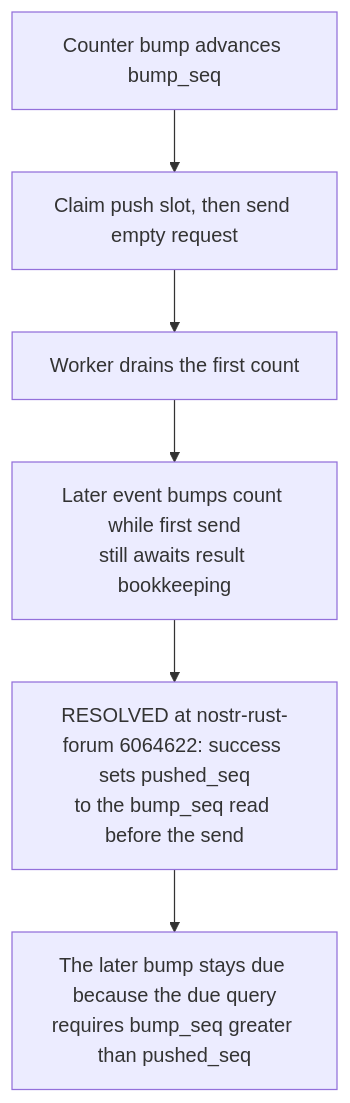
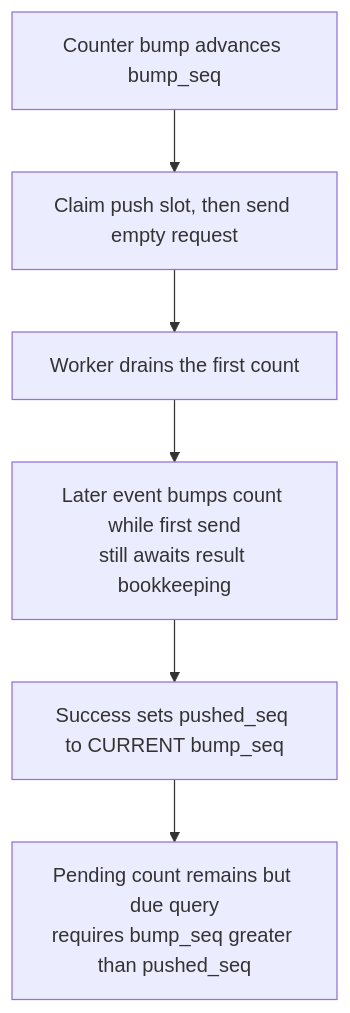
One commit to DreamLab-AI/VisionFlow changed the third of 9 diagrams in docs/diagrams/nostr-rust-forum/18-web-push-delivery-and-account-boundaries.md. Above: the diagram before and after it, drawn with Mermaid. The commit also changed other lines of this file and 18 other files, not shown here.

First line of the commit message:
docs(diagrams): successor-only repair convention and aliases in the gate; external-triage corpus fixes and register rows

````diff
--- a/docs/diagrams/nostr-rust-forum/18-web-push-delivery-and-account-boundaries.md
+++ b/docs/diagrams/nostr-rust-forum/18-web-push-delivery-and-account-boundaries.md
@@ -76,16 +78,16 @@
 ```mermaid
 flowchart TB
-    %% Source: ../nostr-rust-forum/crates/nostr-bbs-relay-worker/src/push.rs:237
+    %% Source: ../nostr-rust-forum/crates/nostr-bbs-relay-worker/src/push.rs:234
     A["Counter bump advances bump_seq"]
-    %% Source: ../nostr-rust-forum/crates/nostr-bbs-relay-worker/src/push.rs:705
+    %% Source: ../nostr-rust-forum/crates/nostr-bbs-relay-worker/src/push.rs:686
     B["Claim push slot, then send empty request"]
-    %% Source: ../nostr-rust-forum/crates/nostr-bbs-relay-worker/src/push.rs:1340
+    %% Source: ../nostr-rust-forum/crates/nostr-bbs-relay-worker/src/push.rs:1311
     C["Worker drains the first count"]
-    %% Source: ../nostr-rust-forum/crates/nostr-bbs-relay-worker/src/push.rs:237
+    %% Source: ../nostr-rust-forum/crates/nostr-bbs-relay-worker/src/push.rs:234
     D["Later event bumps count while first send<br/>still awaits result bookkeeping"]
-    %% Source: ../nostr-rust-forum/crates/nostr-bbs-relay-worker/src/push.rs:198
-    E["RESOLVED at nostr-rust-forum 6064622: success sets pushed_seq<br/>to the bump_seq read before the send"]
-    %% Source: ../nostr-rust-forum/crates/nostr-bbs-relay-worker/src/push.rs:173
-    F["The later bump stays due because the due query<br/>requires bump_seq greater than pushed_seq"]
+    %% Source: ../nostr-rust-forum/crates/nostr-bbs-relay-worker/src/push.rs:197
+    E["Success sets pushed_seq to CURRENT bump_seq"]
+    %% Source: ../nostr-rust-forum/crates/nostr-bbs-relay-worker/src/push.rs:172
+    F["Pending count remains but due query<br/>requires bump_seq greater than pushed_seq"]
     A --> B --> C --> D --> E --> F
 ```
````
